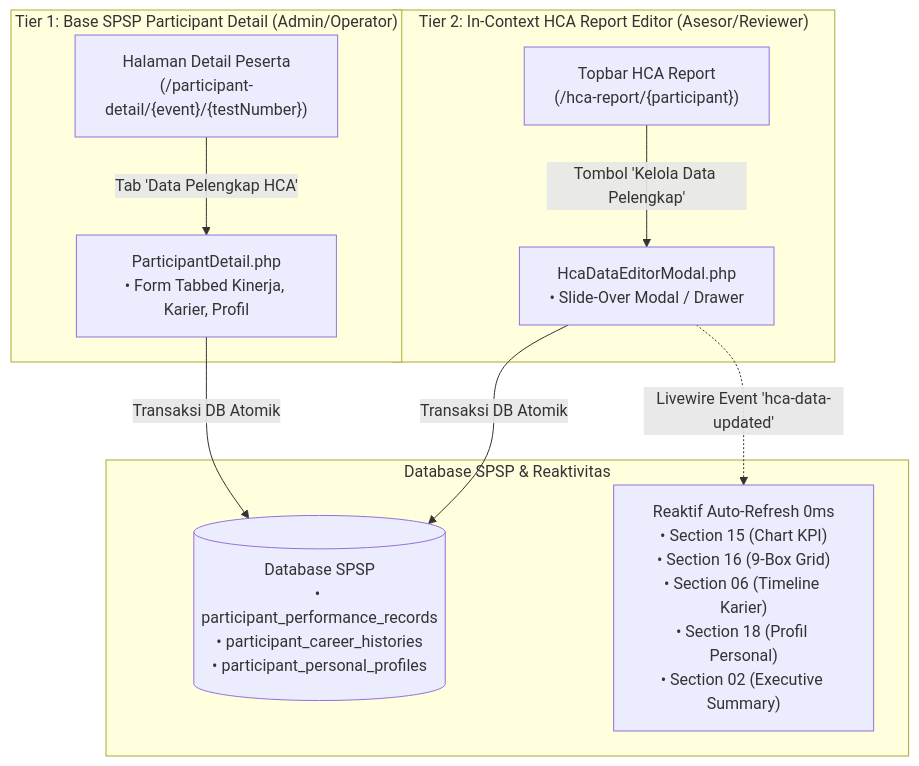
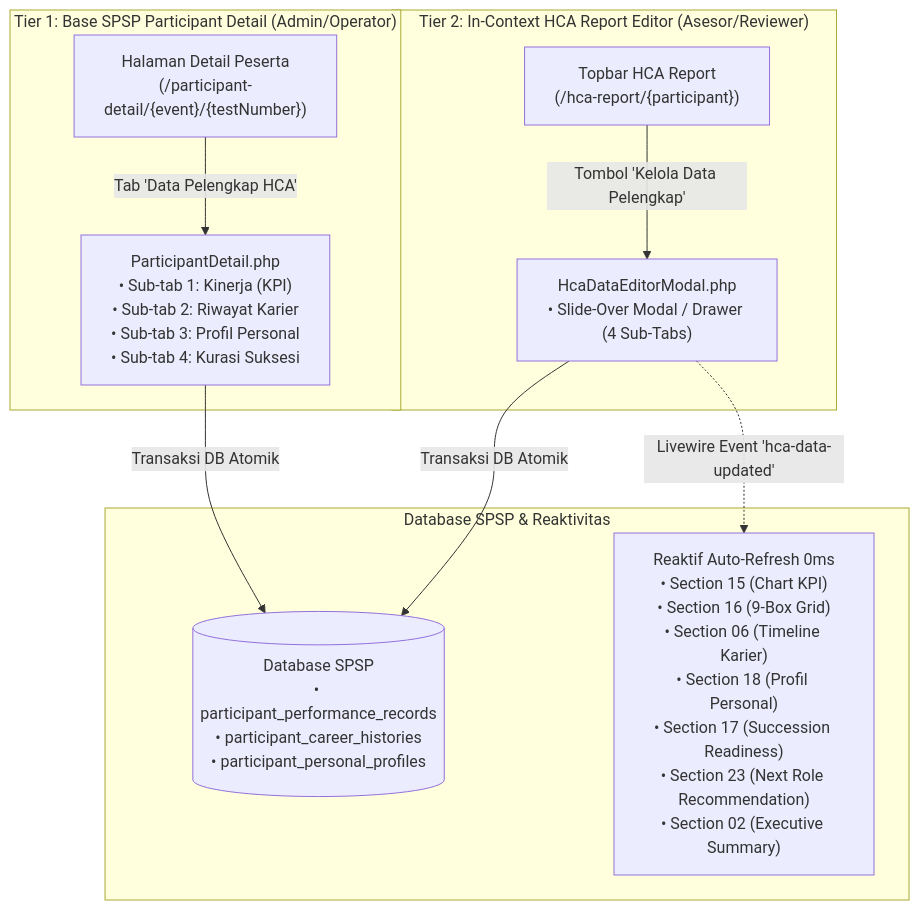
One commit to RnDQuantum/spsp_new changed the second of 2 diagrams in docs/hca/DATA_MAPPING_SPEC.md. Above: the diagram before and after it, drawn with Mermaid. The commit also changed other lines of this file and 15 other files, not shown here.

First line of the commit message:
feat(hca): add succession curation override system for HCA Report

````diff
--- a/docs/hca/DATA_MAPPING_SPEC.md
+++ b/docs/hca/DATA_MAPPING_SPEC.md
@@ -84,16 +85,16 @@
 ```mermaid
 flowchart TD
     subgraph Tier1["Tier 1: Base SPSP Participant Detail (Admin/Operator)"]
-        A["Halaman Detail Peserta<br/>(/participant-detail/{event}/{testNumber})"] -->|Tab 'Data Pelengkap HCA'| B["ParticipantDetail.php<br/>• Form Tabbed Kinerja, Karier, Profil"]
+        A["Halaman Detail Peserta<br/>(/participant-detail/{event}/{testNumber})"] -->|Tab 'Data Pelengkap HCA'| B["ParticipantDetail.php<br/>• Sub-tab 1: Kinerja (KPI)<br/>• Sub-tab 2: Riwayat Karier<br/>• Sub-tab 3: Profil Personal<br/>• Sub-tab 4: Kurasi Suksesi"]
     end
 
     subgraph Tier2["Tier 2: In-Context HCA Report Editor (Asesor/Reviewer)"]
-        C["Topbar HCA Report<br/>(/hca-report/{participant})"] -->|Tombol 'Kelola Data Pelengkap'| D["HcaDataEditorModal.php<br/>• Slide-Over Modal / Drawer"]
+        C["Topbar HCA Report<br/>(/hca-report/{participant})"] -->|Tombol 'Kelola Data Pelengkap'| D["HcaDataEditorModal.php<br/>• Slide-Over Modal / Drawer (4 Sub-Tabs)"]
     end
 
     subgraph DB["Database SPSP & Reaktivitas"]
         B -->|Transaksi DB Atomik| E[("Database SPSP<br/>• participant_performance_records<br/>• participant_career_histories<br/>• participant_personal_profiles")]
         D -->|Transaksi DB Atomik| E
-        D -.->|Livewire Event 'hca-data-updated'| F["Reaktif Auto-Refresh 0ms<br/>• Section 15 (Chart KPI)<br/>• Section 16 (9-Box Grid)<br/>• Section 06 (Timeline Karier)<br/>• Section 18 (Profil Personal)<br/>• Section 02 (Executive Summary)"]
+        D -.->|Livewire Event 'hca-data-updated'| F["Reaktif Auto-Refresh 0ms<br/>• Section 15 (Chart KPI)<br/>• Section 16 (9-Box Grid)<br/>• Section 06 (Timeline Karier)<br/>• Section 18 (Profil Personal)<br/>• Section 17 (Succession Readiness)<br/>• Section 23 (Next Role Recommendation)<br/>• Section 02 (Executive Summary)"]
     end
 ```
````
